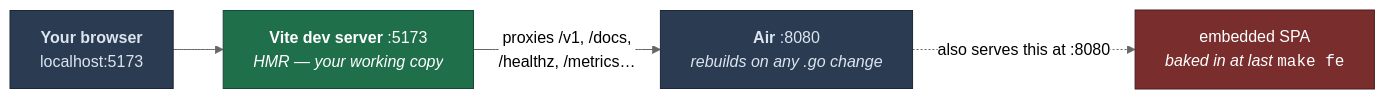
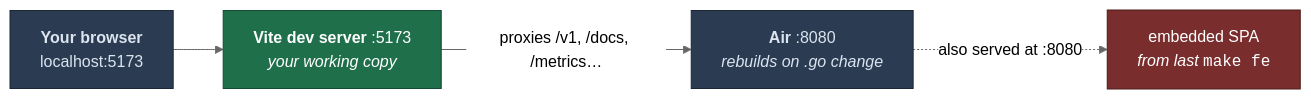
One commit to loomarr/loomarr changed the diagram in docs/dev/dev-loop.md. Above: the diagram before and after it, drawn with Mermaid (neutral theme). The commit also changed other lines of this file and 16 other files, not shown here.

````diff
--- a/docs/dev/dev-loop.md
+++ b/docs/dev/dev-loop.md
@@ -14,18 +14,18 @@
 ```mermaid
 graph LR
   B["<b>Your browser</b><br/>localhost:5173"]
-  V["<b>Vite dev server</b> :5173<br/><i>HMR — your working copy</i>"]
-  A["<b>Air</b> :8080<br/><i>rebuilds on any .go change</i>"]
-  E["embedded SPA<br/><i>baked in at last</i> <code>make fe</code>"]
+  V["<b>Vite dev server</b> :5173<br/><i>your working copy</i>"]
+  A["<b>Air</b> :8080<br/><i>rebuilds on .go change</i>"]
+  E["embedded SPA<br/><i>from last</i> <code>make fe</code>"]
 
   B --> V
-  V -->|"proxies /v1, /docs,<br/>/healthz, /metrics…"| A
-  A -.->|"also serves this at :8080"| E
+  V -->|"proxies /v1, /docs, /metrics…"| A
+  A -.->|"also served at :8080"| E
 
   classDef good fill:#1f6f4a,stroke:#134a31,color:#fff
   classDef warn fill:#7a2d2d,stroke:#4a1b1b,color:#fff
   classDef norm fill:#2b3b52,stroke:#1b2736,color:#dbe4ef
   class V good
   class E warn
   class B,A norm
 ```
````
